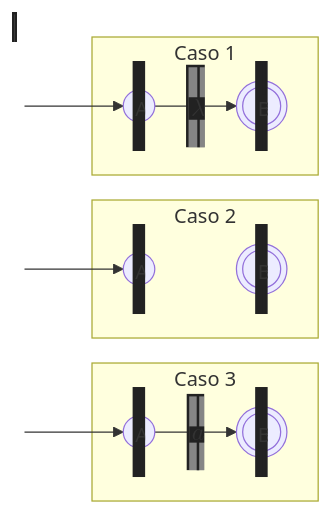
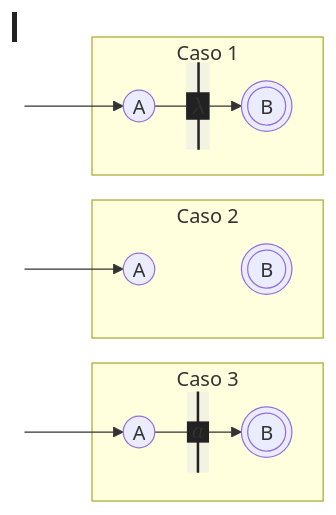
Before and after one commit to MagnoElMagnifico/blog: the third of 7 diagrams in content/compiladores/lenguajes-regulares.md, drawn with Mermaid. The commit also changed other lines of this file and 4 other files, not shown here.

````diff
--- a/content/compiladores/lenguajes-regulares.md
+++ b/content/compiladores/lenguajes-regulares.md
@@ -195,21 +195,21 @@
 ```mermaid
 flowchart LR
     I1:::hidden --> A1((A))
     I2:::hidden --> A2((A))
     I3:::hidden --> A3((A))
 
     subgraph Caso 3
         A3 -- $$a$$ --> B3(((B)))
     end
 
     subgraph Caso 2
         A2 ~~~ B2(((B)))
     end
 
     subgraph Caso 1
         A1 -- $$\lambda$$ --> B1(((B)))
     end
 
     classDef hidden display:none;
-    classDef label background-color:#222,padding:2px;
+    classDef edgeLabel background-color:#222,padding:2px;
 ```
````
